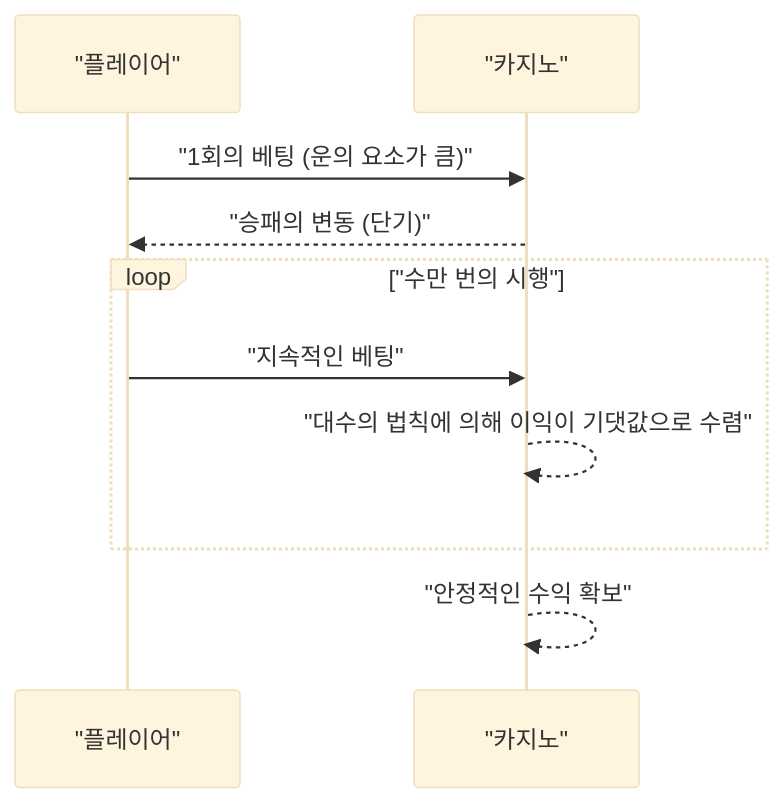
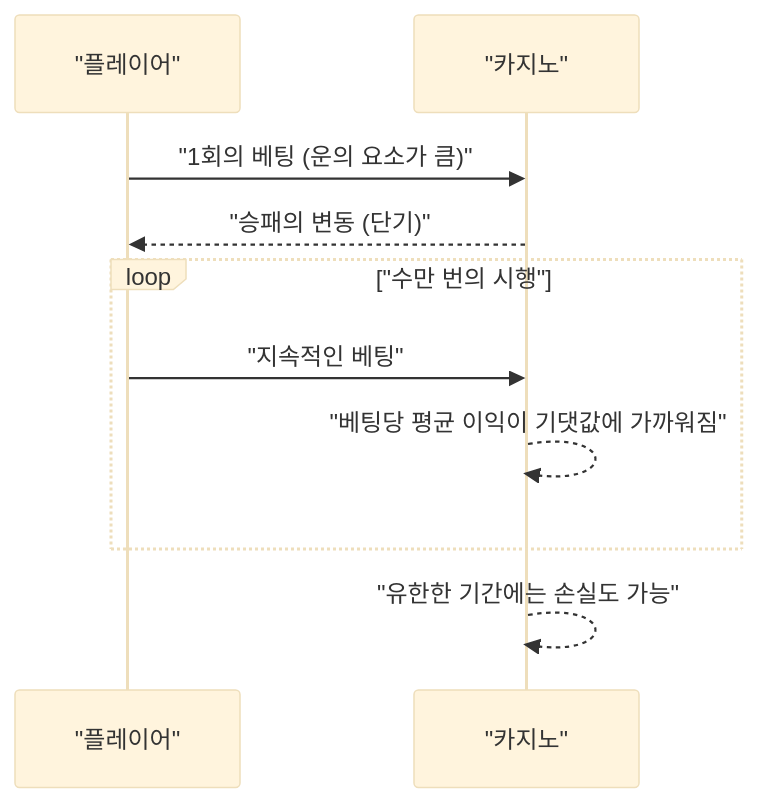
Before and after one commit to kenjinote/blog: the second of 2 diagrams in content/post/law-of-large-numbers/index.ko.md, drawn with Mermaid (base theme). The commit also changed other lines of this file and 12 other files, not shown here.

````diff
--- a/content/post/law-of-large-numbers/index.ko.md
+++ b/content/post/law-of-large-numbers/index.ko.md
@@ -53,12 +53,12 @@
 ```mermaid
 sequenceDiagram
     participant P as "플레이어"
     participant C as "카지노"
     P->>C: "1회의 베팅 (운의 요소가 큼)"
     C-->>P: "승패의 변동 (단기)"
     loop "수만 번의 시행"
         P->>C: "지속적인 베팅"
-        C-->>C: "대수의 법칙에 의해 이익이 기댓값으로 수렴"
+        C-->>C: "베팅당 평균 이익이 기댓값에 가까워짐"
     end
-    C-->>C: "안정적인 수익 확보"
+    C-->>C: "유한한 기간에는 손실도 가능"
 ```
````
